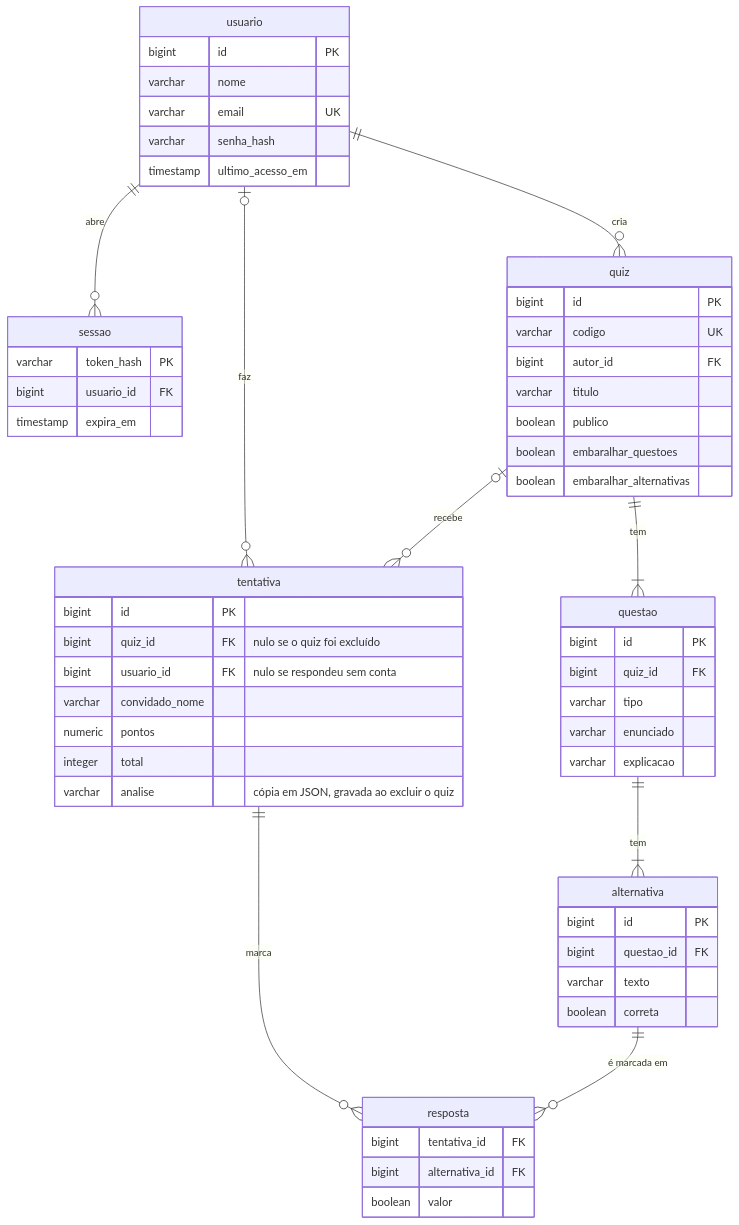
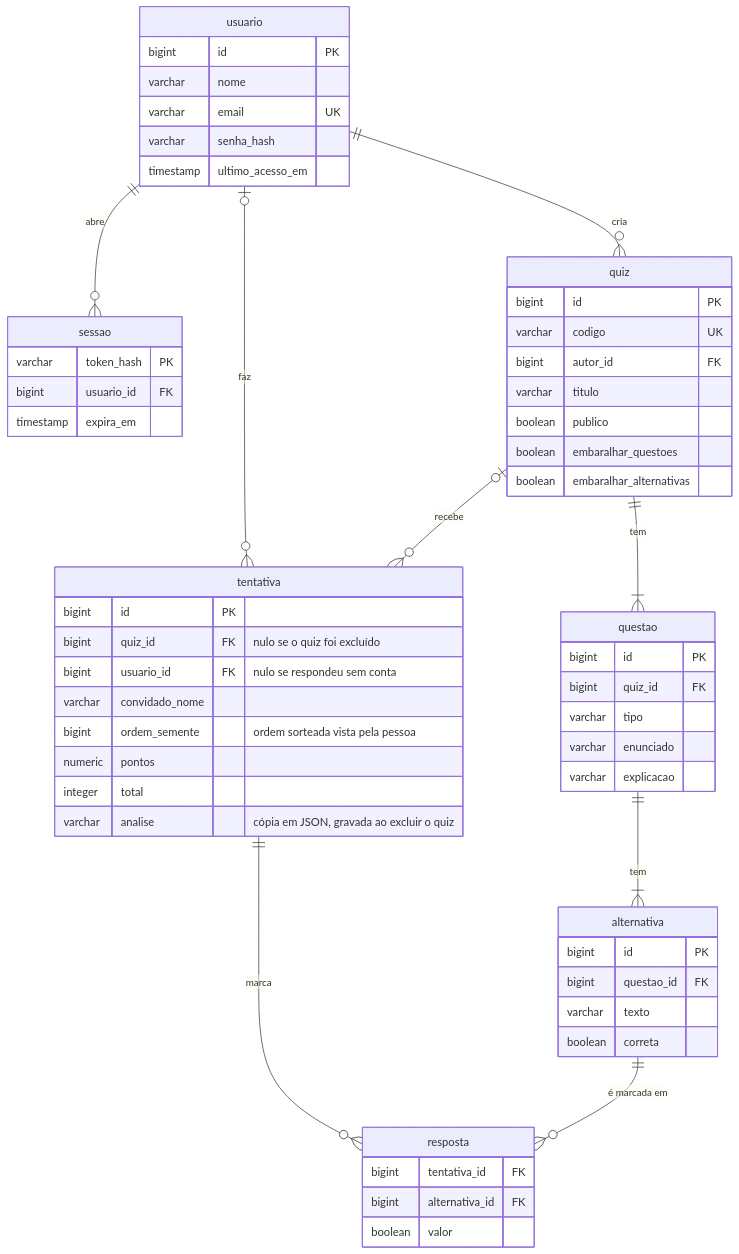
One commit to GilvanPedro/GeradorQuiz changed the second of 2 diagrams in README.md. Above: the diagram before and after it, drawn with Mermaid. The commit also changed other lines of this file and 10 other files, not shown here.

````diff
--- a/README.md
+++ b/README.md
@@ -335,60 +336,61 @@
 ```mermaid
 erDiagram
     usuario ||--o{ sessao : "abre"
     usuario ||--o{ quiz : "cria"
     usuario |o--o{ tentativa : "faz"
     quiz ||--|{ questao : "tem"
     questao ||--|{ alternativa : "tem"
     quiz |o--o{ tentativa : "recebe"
     tentativa ||--o{ resposta : "marca"
     alternativa ||--o{ resposta : "é marcada em"
 
     usuario {
         bigint id PK
         varchar nome
         varchar email UK
         varchar senha_hash
         timestamp ultimo_acesso_em
     }
     sessao {
         varchar token_hash PK
         bigint usuario_id FK
         timestamp expira_em
     }
     quiz {
         bigint id PK
         varchar codigo UK
         bigint autor_id FK
         varchar titulo
         boolean publico
         boolean embaralhar_questoes
         boolean embaralhar_alternativas
     }
     questao {
         bigint id PK
         bigint quiz_id FK
         varchar tipo
         varchar enunciado
         varchar explicacao
     }
     alternativa {
         bigint id PK
         bigint questao_id FK
         varchar texto
         boolean correta
     }
     tentativa {
         bigint id PK
         bigint quiz_id FK "nulo se o quiz foi excluído"
         bigint usuario_id FK "nulo se respondeu sem conta"
         varchar convidado_nome
+        bigint ordem_semente "ordem sorteada vista pela pessoa"
         numeric pontos
         integer total
         varchar analise "cópia em JSON, gravada ao excluir o quiz"
     }
     resposta {
         bigint tentativa_id FK
         bigint alternativa_id FK
         boolean valor
     }
 ```
````
